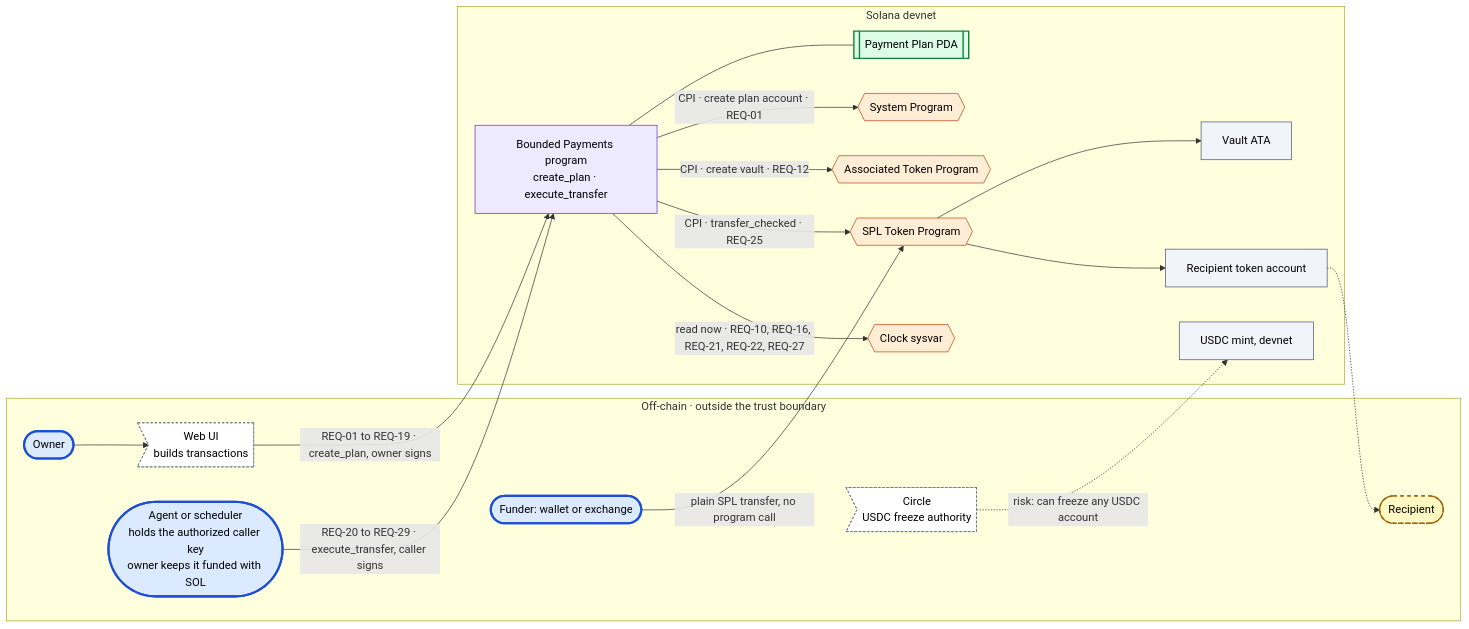
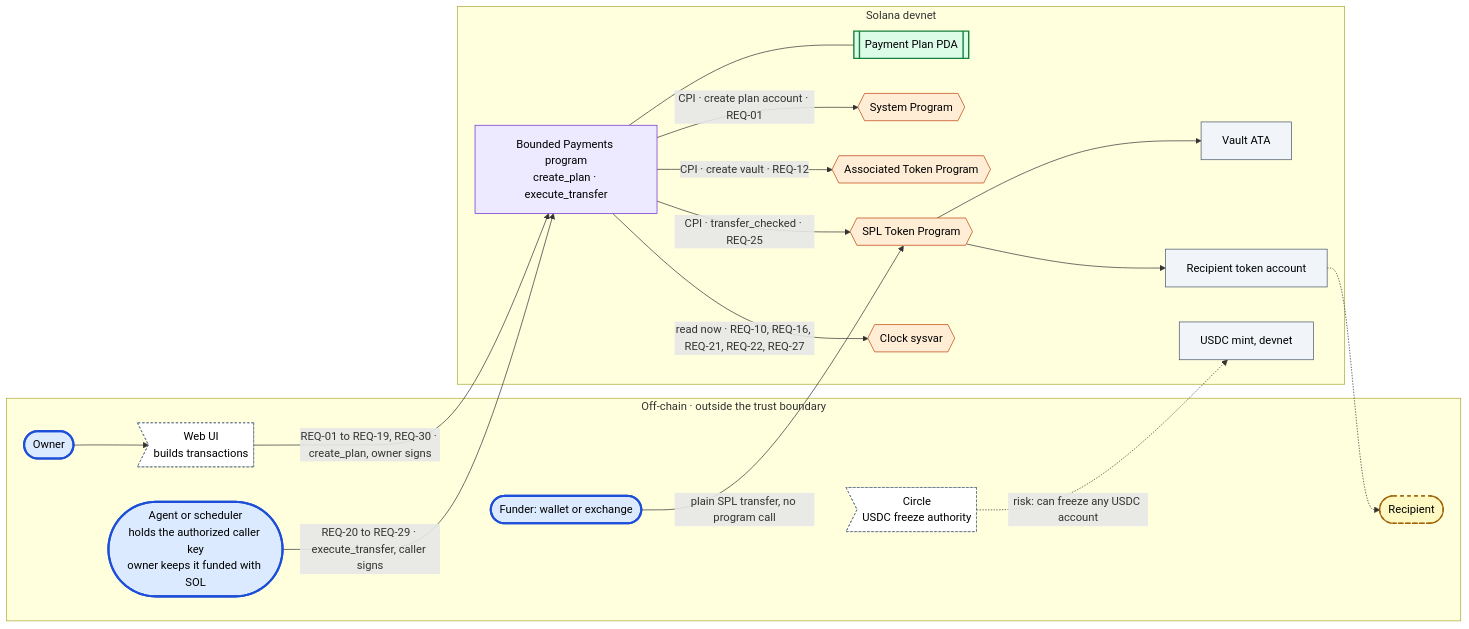
The fifth of 5 diagrams in docs/architecture.md (ToXMon/bounded-payments), drawn with Mermaid before and after one commit. The commit also changed other lines of this file and 7 other files, not shown here.

````diff
--- a/docs/architecture.md
+++ b/docs/architecture.md
@@ -319,44 +339,44 @@
 ```mermaid
 flowchart LR
   subgraph OFF["Off-chain · outside the trust boundary"]
     OWNER(["Owner"]):::signer
     UI>"Web UI<br/>builds transactions"]:::offchain
     AGENT(["Agent or scheduler<br/>holds the authorized caller key<br/>owner keeps it funded with SOL"]):::signer
     FUNDER(["Funder: wallet or exchange"]):::signer
     RECIP(["Recipient"]):::beneficiary
     CIRCLE>"Circle<br/>USDC freeze authority"]:::offchain
   end
   subgraph CHAIN["Solana devnet"]
     BP["Bounded Payments program<br/>create_plan · execute_transfer"]:::program
     PLAN[["Payment Plan PDA"]]:::pda
     VAULT["Vault ATA"]:::token
     RTA["Recipient token account"]:::token
     SYS{{"System Program"}}:::ext
     ATAP{{"Associated Token Program"}}:::ext
     TOKEN{{"SPL Token Program"}}:::ext
     CLOCK{{"Clock sysvar"}}:::ext
     MINT["USDC mint, devnet"]:::token
   end
 
   OWNER --> UI
-  UI -->|"REQ-01 to REQ-19 · create_plan, owner signs"| BP
+  UI -->|"REQ-01 to REQ-19, REQ-30 · create_plan, owner signs"| BP
   AGENT -->|"REQ-20 to REQ-29 · execute_transfer, caller signs"| BP
   FUNDER -->|"plain SPL transfer, no program call"| TOKEN
   BP -->|"CPI · create plan account · REQ-01"| SYS
   BP -->|"CPI · create vault · REQ-12"| ATAP
   BP -->|"CPI · transfer_checked · REQ-25"| TOKEN
   BP -->|"read now · REQ-10, REQ-16, REQ-21, REQ-22, REQ-27"| CLOCK
   BP --- PLAN
   TOKEN --> VAULT
   TOKEN --> RTA
   RTA -.-> RECIP
   CIRCLE -.->|"risk: can freeze any USDC account"| MINT
 
   classDef signer fill:#dbeafe,stroke:#1d4ed8,stroke-width:3px,color:#000
   classDef beneficiary fill:#fef9c3,stroke:#a16207,stroke-width:2px,stroke-dasharray:5 5,color:#000
   classDef program fill:#ede9fe,stroke:#6d28d9,color:#000
   classDef pda fill:#dcfce7,stroke:#15803d,stroke-width:2px,color:#000
   classDef token fill:#f1f5f9,stroke:#475569,color:#000
   classDef ext fill:#ffedd5,stroke:#c2410c,color:#000
   classDef offchain fill:#ffffff,stroke:#64748b,stroke-dasharray:3 3,color:#000
 ```
````
